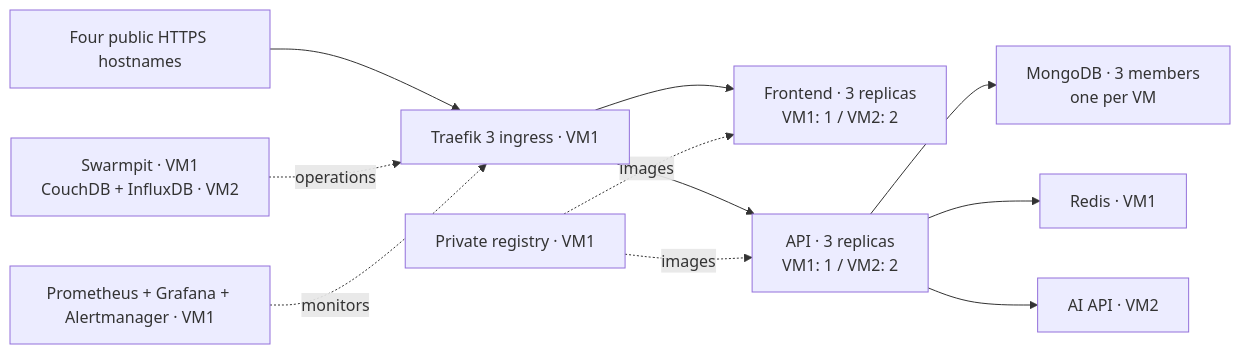
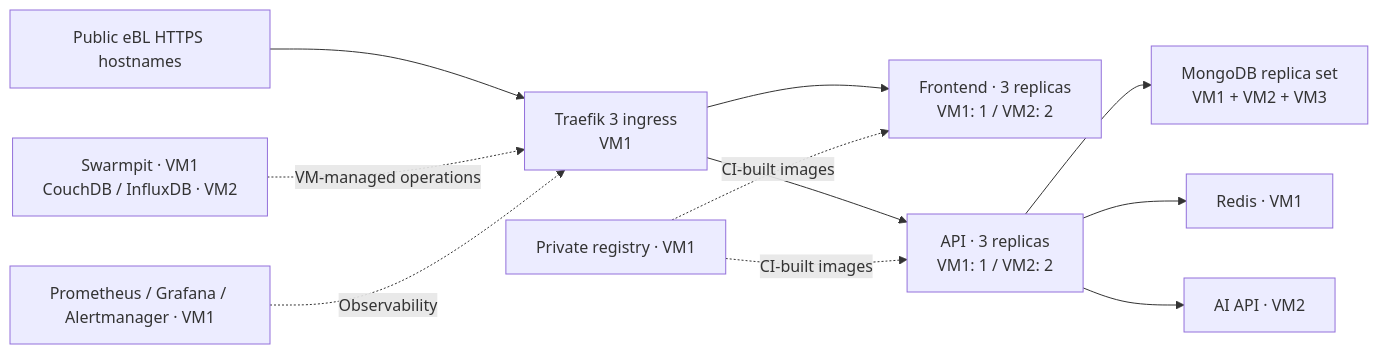
The diagram in README.md (ElectronicBabylonianLiterature/infrastructure), drawn with Mermaid before and after one commit. The commit also changed other lines of this file and 31 other files, not shown here.

````diff
--- a/README.md
+++ b/README.md
@@ -65,13 +24,13 @@
 ```mermaid
 flowchart LR
-  user["Four public HTTPS hostnames"] --> tr["Traefik 3 ingress · VM1"]
-  tr --> fe["Frontend · 3 replicas<br/>VM1: 1 / VM2: 2"]
-  tr --> api["API · 3 replicas<br/>VM1: 1 / VM2: 2"]
-  api --> md["MongoDB · 3 members<br/>one per VM"]
-  api --> redis["Redis · VM1"]
-  api --> ai["AI API · VM2"]
-  registry["Private registry · VM1"] -. images .-> fe
-  registry -. images .-> api
-  swarmpit["Swarmpit · VM1<br/>CouchDB + InfluxDB · VM2"] -. operations .-> tr
-  monitor["Prometheus + Grafana + Alertmanager · VM1"] -. monitors .-> tr
+    Users["Public eBL HTTPS hostnames"] --> Traefik["Traefik 3 ingress<br/>VM1"]
+    Traefik --> Frontend["Frontend · 3 replicas<br/>VM1: 1 / VM2: 2"]
+    Traefik --> API["API · 3 replicas<br/>VM1: 1 / VM2: 2"]
+    API --> DB["MongoDB replica set<br/>VM1 + VM2 + VM3"]
+    API --> Redis["Redis · VM1"]
+    API --> AI["AI API · VM2"]
+    Registry["Private registry · VM1"] -. "CI-built images" .-> Frontend
+    Registry -. "CI-built images" .-> API
+    Swarmpit["Swarmpit · VM1<br/>CouchDB / InfluxDB · VM2"] -. "VM-managed operations" .-> Traefik
+    Monitoring["Prometheus / Grafana / Alertmanager · VM1"] -. "Observability" .-> Traefik
 ```
````
